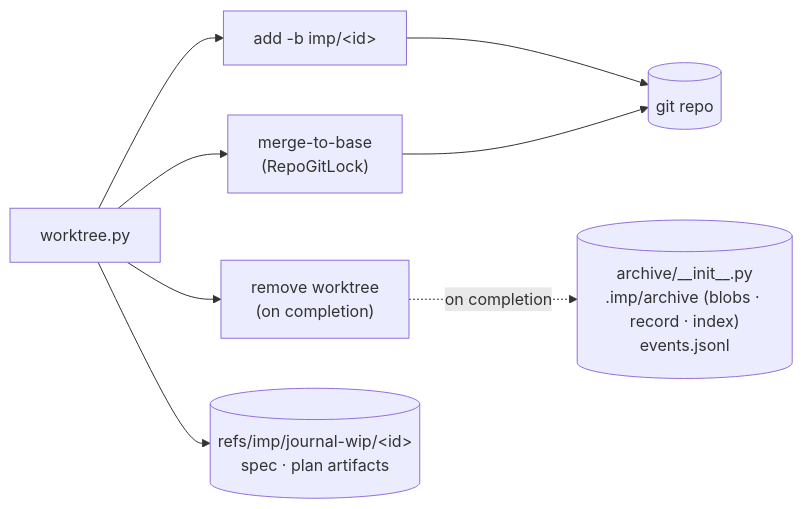
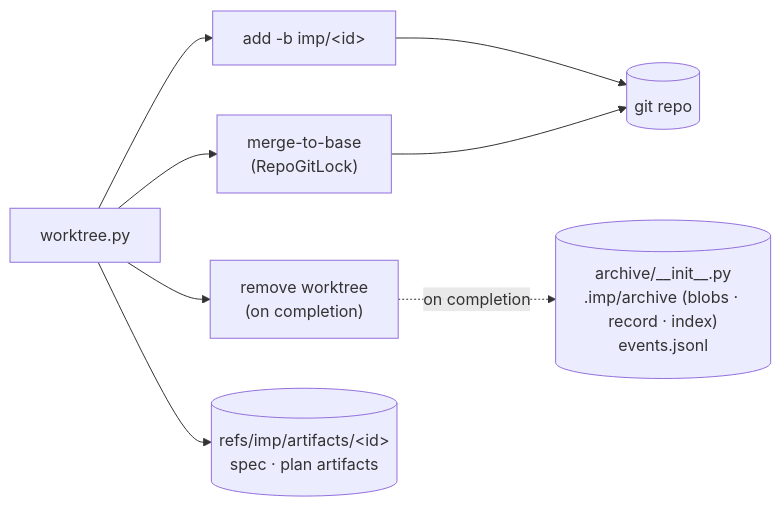
Before and after one commit to jpoimboe/imp: the fifth of 12 diagrams in docs/architecture.md, drawn with Mermaid. The commit also changed other lines of this file and 1 other file, not shown here.

First line of the commit message:
docs: architecture reflects engine-owned artifact journaling

````diff
--- a/docs/architecture.md
+++ b/docs/architecture.md
@@ -75,10 +75,10 @@
 ```mermaid
 flowchart LR
   WT["worktree.py"] --> ADD["add -b imp/&lt;id&gt;"]
   WT --> MERGE["merge-to-base<br/>(RepoGitLock)"]
   WT --> RM["remove worktree<br/>(on completion)"]
-  WT --> WIP[("refs/imp/journal-wip/&lt;id&gt;<br/>spec · plan artifacts")]
+  WT --> WIP[("refs/imp/artifacts/&lt;id&gt;<br/>spec · plan artifacts")]
   RM -. "on completion" .-> ARC[("archive/__init__.py<br/>.imp/archive (blobs · record · index)<br/>events.jsonl")]
   ADD --> REPO[("git repo")]
   MERGE --> REPO
 ```
````
